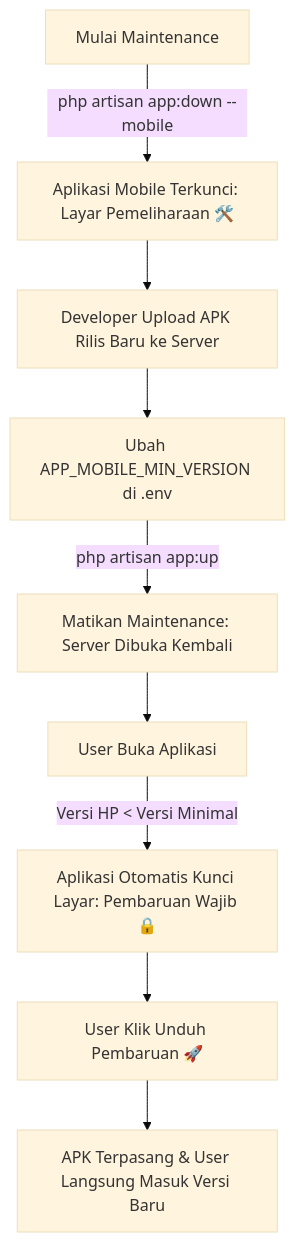
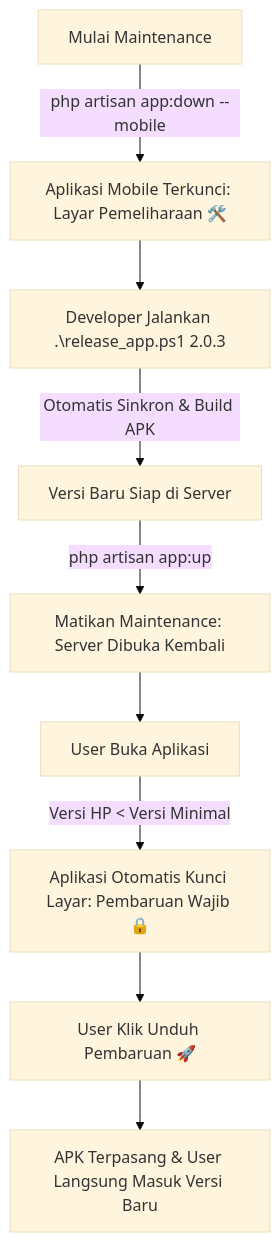
One commit to MohammadKevin/Nitipdong changed the diagram in PANDUAN_MAINTENANCE_DAN_UPDATE.md. Above: the diagram before and after it, drawn with Mermaid (base theme). The commit also changed other lines of this file and 2 other files, not shown here.

Commit message:
feat(automation): add 1-click release script and app:release artisan command

````diff
--- a/PANDUAN_MAINTENANCE_DAN_UPDATE.md
+++ b/PANDUAN_MAINTENANCE_DAN_UPDATE.md
@@ -13,11 +39,11 @@
 ```mermaid
 graph TD
     A[Mulai Maintenance] -->|php artisan app:down --mobile| B[Aplikasi Mobile Terkunci: Layar Pemeliharaan 🛠️]
-    B --> C[Developer Upload APK Rilis Baru ke Server]
-    C --> D[Ubah APP_MOBILE_MIN_VERSION di .env]
+    B --> C[Developer Jalankan .\release_app.ps1 2.0.3]
+    C -->|Otomatis Sinkron & Build APK| D[Versi Baru Siap di Server]
     D -->|php artisan app:up| E[Matikan Maintenance: Server Dibuka Kembali]
     E --> F[User Buka Aplikasi]
     F -->|Versi HP < Versi Minimal| G[Aplikasi Otomatis Kunci Layar: Pembaruan Wajib 🔒]
     G --> H[User Klik Unduh Pembaruan 🚀]
     H --> I[APK Terpasang & User Langsung Masuk Versi Baru]
 ```
````
